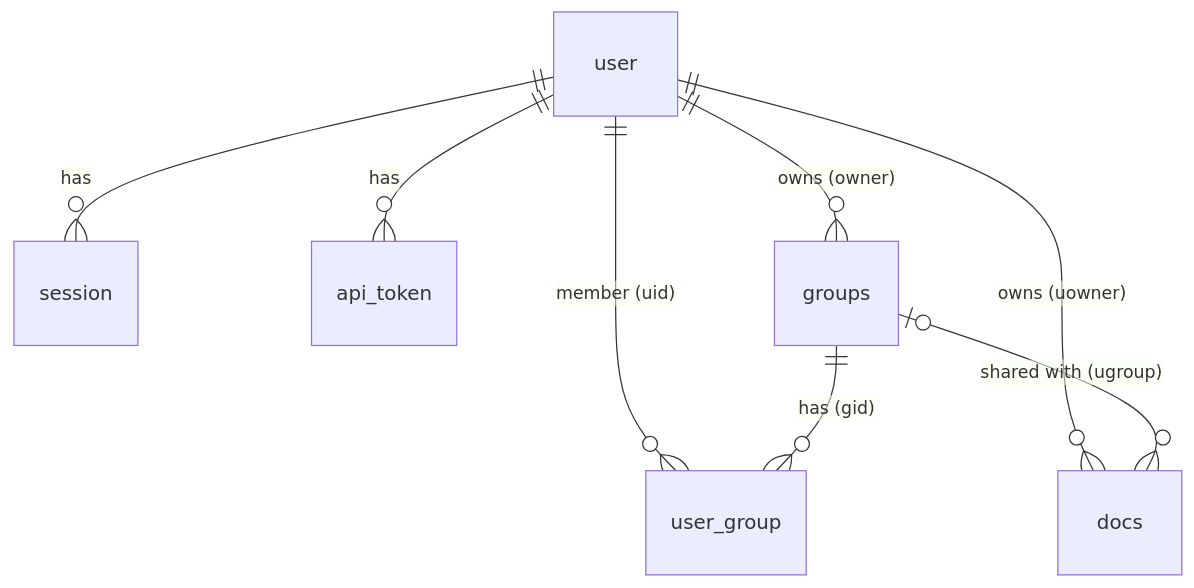
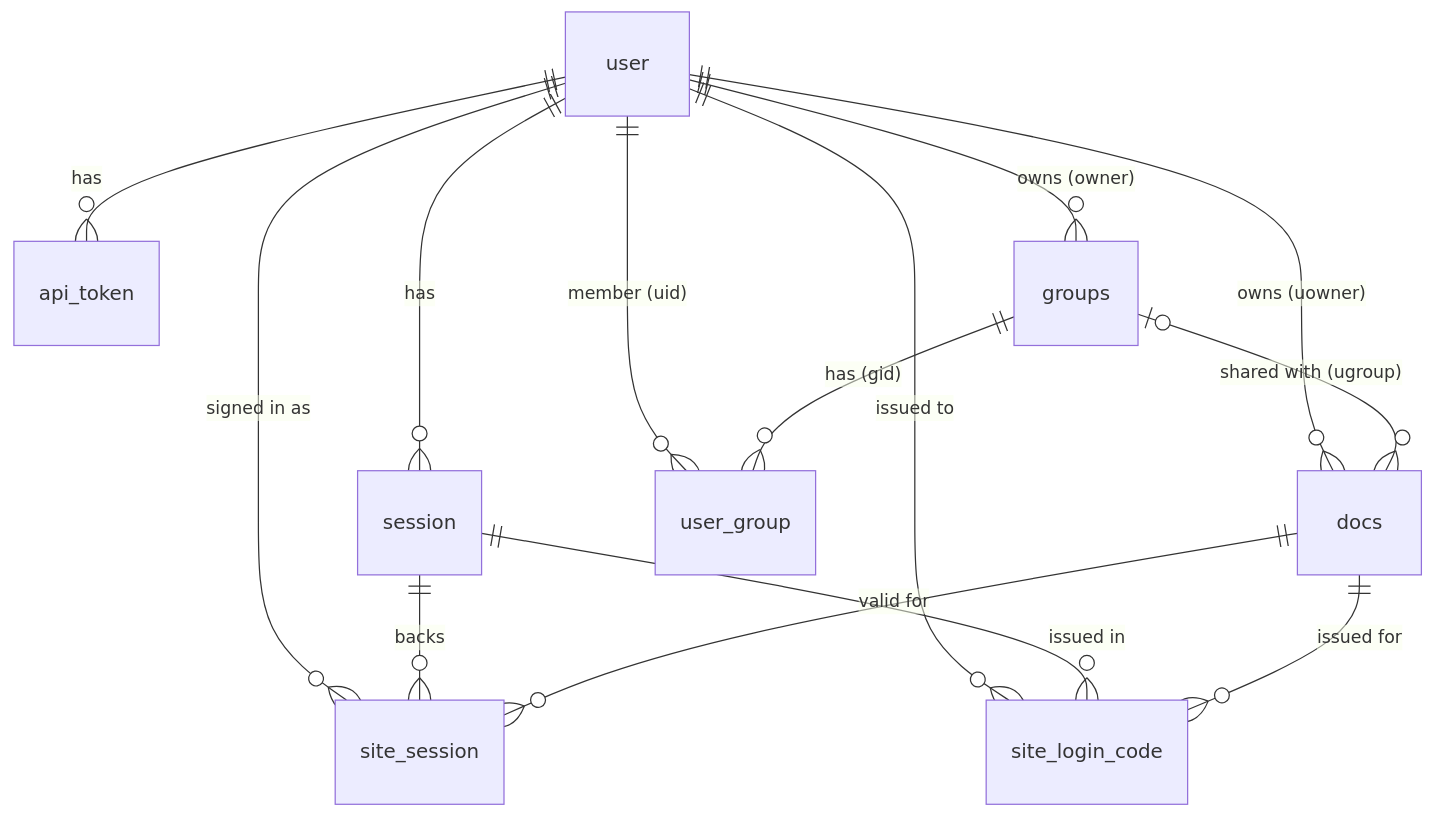
The diagram in docs/schema.md (gira0/open-pages), drawn with Mermaid before and after one commit. The commit also changed other lines of this file and 19 other files, not shown here.

First line of the commit message:
Per-site browser login for non-public sites on the content host (#78)

````diff
--- a/docs/schema.md
+++ b/docs/schema.md
@@ -14,10 +14,16 @@
 ```mermaid
 erDiagram
     user ||--o{ session : "has"
+    user ||--o{ site_session : "signed in as"
+    user ||--o{ site_login_code : "issued to"
+    session ||--o{ site_session : "backs"
+    session ||--o{ site_login_code : "issued in"
+    docs ||--o{ site_session : "valid for"
+    docs ||--o{ site_login_code : "issued for"
     user ||--o{ api_token : "has"
     user ||--o{ groups : "owns (owner)"
     user ||--o{ docs : "owns (uowner)"
     user ||--o{ user_group : "member (uid)"
     groups ||--o{ user_group : "has (gid)"
     groups |o--o{ docs : "shared with (ugroup)"
 ```
````
